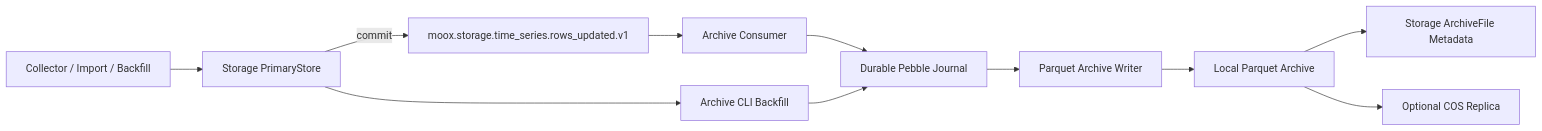
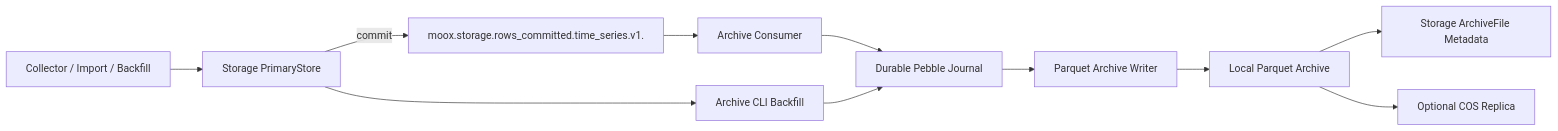
One commit to mooyang-code/moox changed the diagram in docs/行情数据归档模块设计.md. Above: the diagram before and after it, drawn with Mermaid. The commit also changed other lines of this file and 382 other files, not shown here.

Commit message:
refactor(storage): enforce primary shard boundary

````diff
--- a/docs/行情数据归档模块设计.md
+++ b/docs/行情数据归档模块设计.md
@@ -70,13 +70,13 @@
 ```mermaid
 flowchart LR
     Collector["Collector / Import / Backfill"] --> Storage["Storage PrimaryStore"]
-    Storage -->|"commit"| Event["moox.storage.time_series.rows_updated.v1"]
+    Storage -->|"commit"| Event["moox.storage.rows_committed.time_series.v1.<shard>"]
     Event --> Consumer["Archive Consumer"]
     Consumer --> Journal["Durable Pebble Journal"]
     Journal --> Writer["Parquet Archive Writer"]
     Writer --> Local["Local Parquet Archive"]
     Local --> Registry["Storage ArchiveFile Metadata"]
     Local --> COS["Optional COS Replica"]
     Storage --> Backfill["Archive CLI Backfill"]
     Backfill --> Journal
 ```
````
